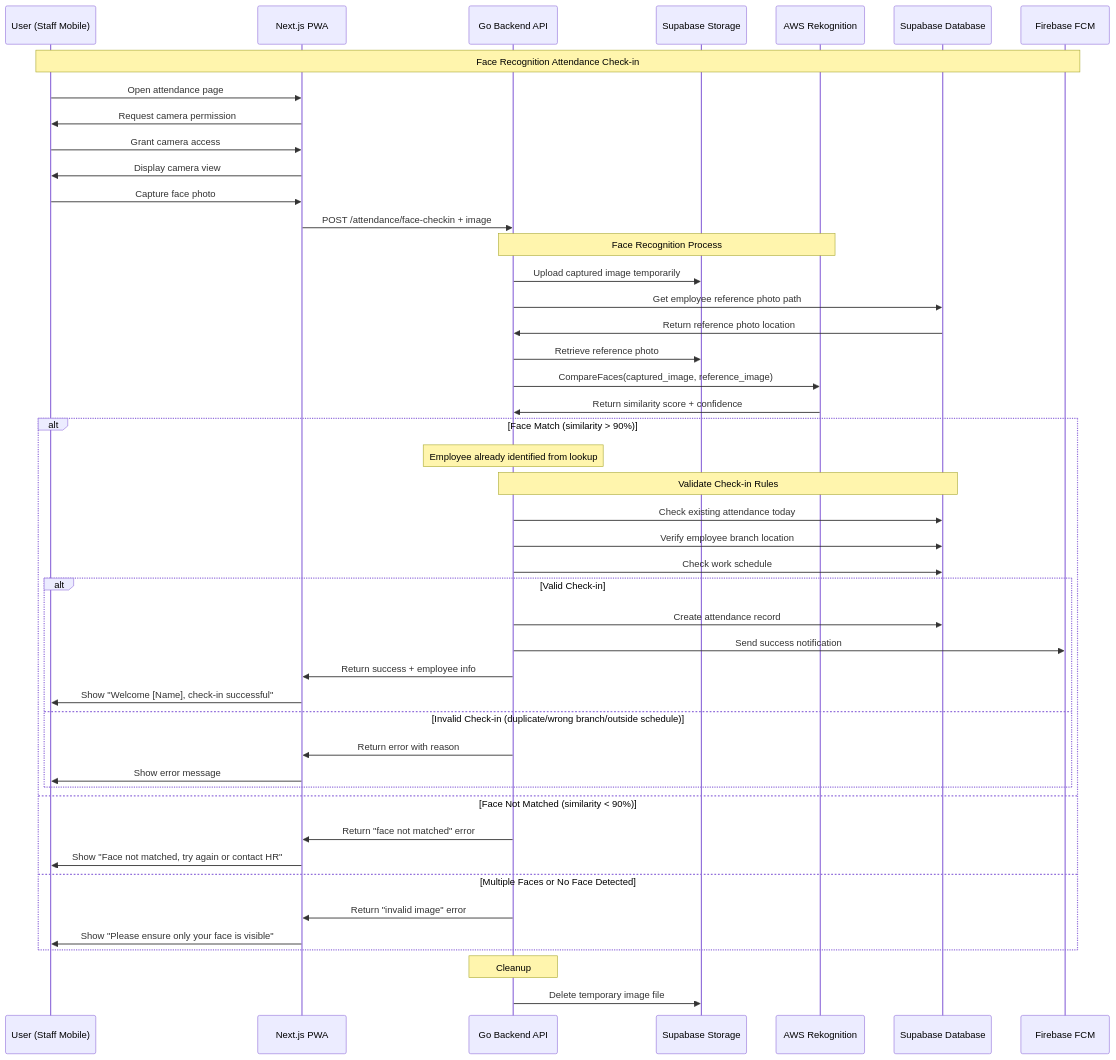
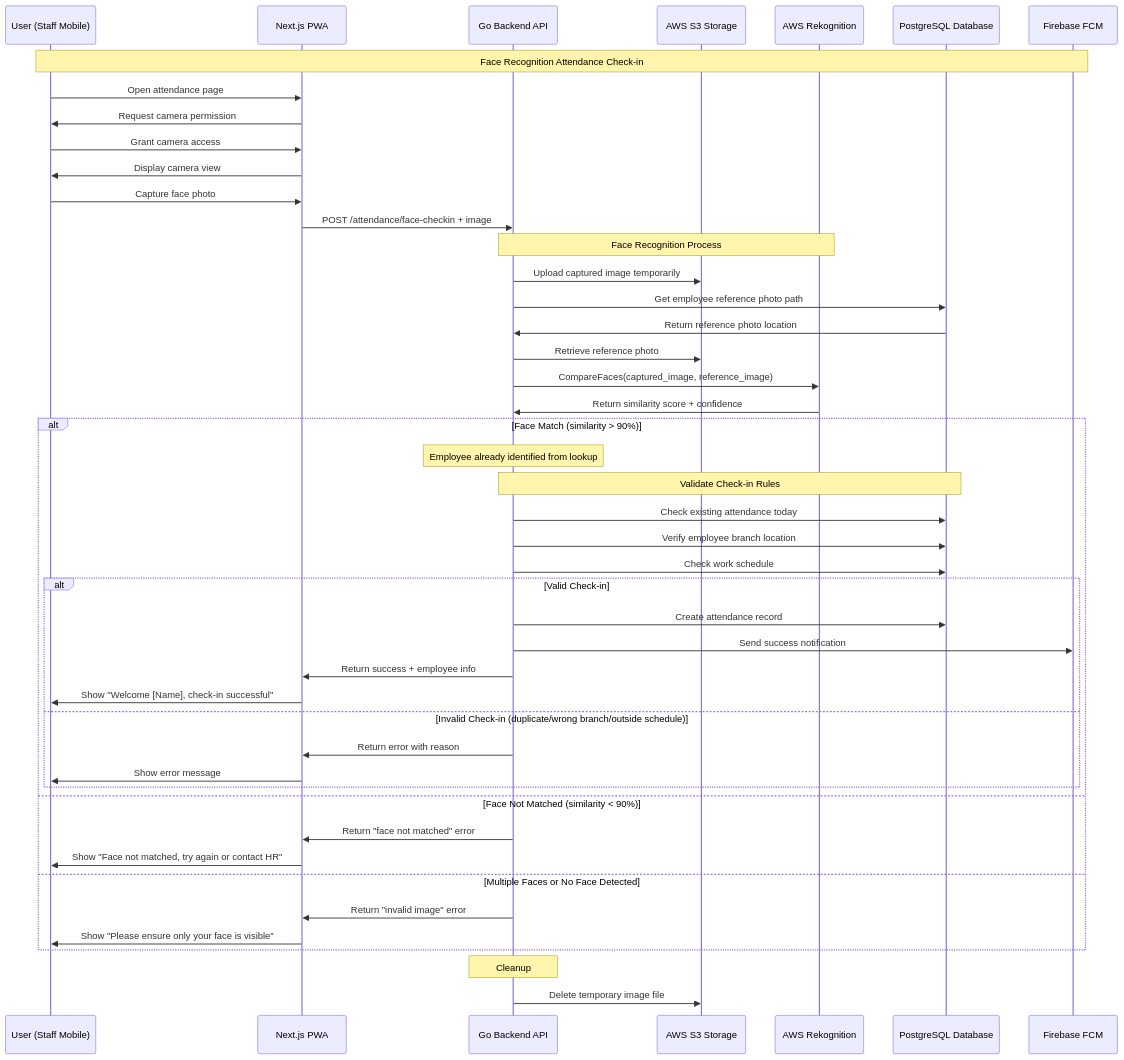
One commit to rianV2/aturix-hr-eng-spec changed the ninth of 9 diagrams in README.md. Above: the diagram before and after it, drawn with Mermaid. The commit also changed other lines of this file, not shown here.

First line of the commit message:
Change architecture to exclude supabase

````diff
--- a/README.md
+++ b/README.md
@@ -828,58 +835,58 @@
 ```mermaid
 sequenceDiagram
     participant U as User (Staff Mobile)
     participant APP as Next.js PWA
     participant API as Go Backend API
-    participant STORAGE as Supabase Storage
+    participant STORAGE as AWS S3 Storage
     participant REK as AWS Rekognition
-    participant DB as Supabase Database
+    participant DB as PostgreSQL Database
     participant FCM as Firebase FCM
     
     Note over U,FCM: Face Recognition Attendance Check-in
     
     U->>APP: Open attendance page
     APP->>U: Request camera permission
     U->>APP: Grant camera access
     APP->>U: Display camera view
     
     U->>APP: Capture face photo
     APP->>API: POST /attendance/face-checkin + image
     
     Note over API,REK: Face Recognition Process
     API->>STORAGE: Upload captured image temporarily
     API->>DB: Get employee reference photo path
     DB->>API: Return reference photo location
     API->>STORAGE: Retrieve reference photo
     API->>REK: CompareFaces(captured_image, reference_image)
     REK->>API: Return similarity score + confidence
     
     alt Face Match (similarity > 90%)
         Note over API: Employee already identified from lookup
         
         Note over API,DB: Validate Check-in Rules
         API->>DB: Check existing attendance today
         API->>DB: Verify employee branch location
         API->>DB: Check work schedule
         
         alt Valid Check-in
             API->>DB: Create attendance record
             API->>FCM: Send success notification
             API->>APP: Return success + employee info
             APP->>U: Show "Welcome [Name], check-in successful"
         else Invalid Check-in (duplicate/wrong branch/outside schedule)
             API->>APP: Return error with reason
             APP->>U: Show error message
         end
         
     else Face Not Matched (similarity < 90%)
         API->>APP: Return "face not matched" error
         APP->>U: Show "Face not matched, try again or contact HR"
         
     else Multiple Faces or No Face Detected
         API->>APP: Return "invalid image" error  
         APP->>U: Show "Please ensure only your face is visible"
     end
     
     Note over API: Cleanup
     API->>STORAGE: Delete temporary image file
 ```
````
